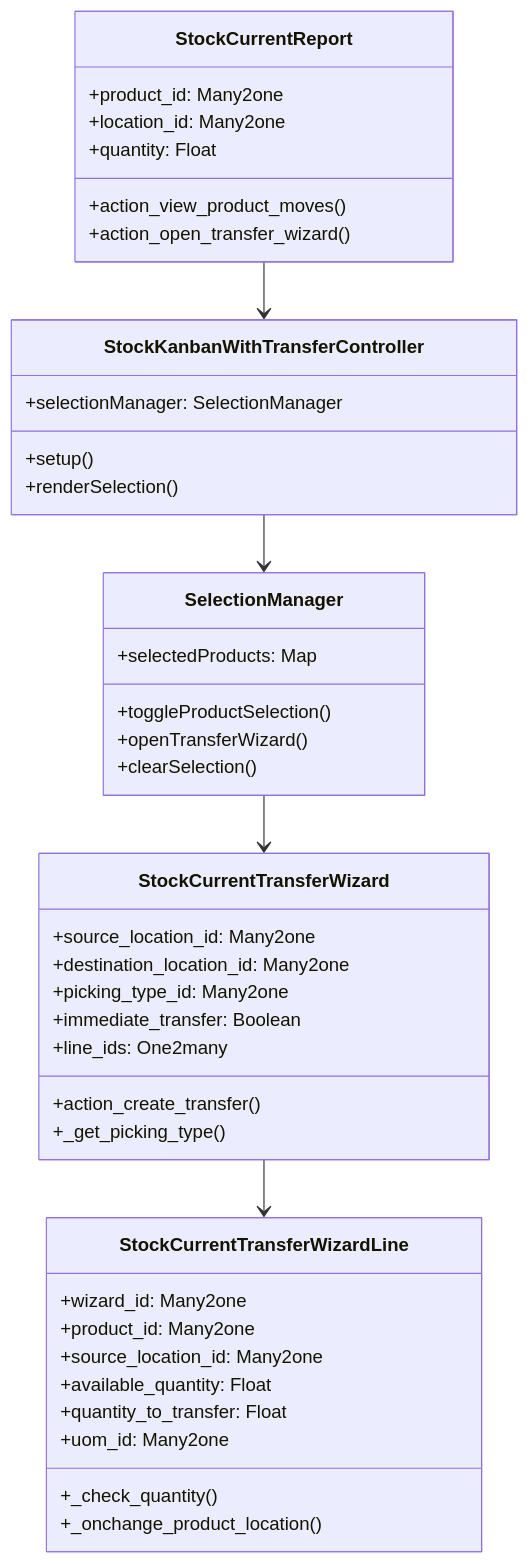
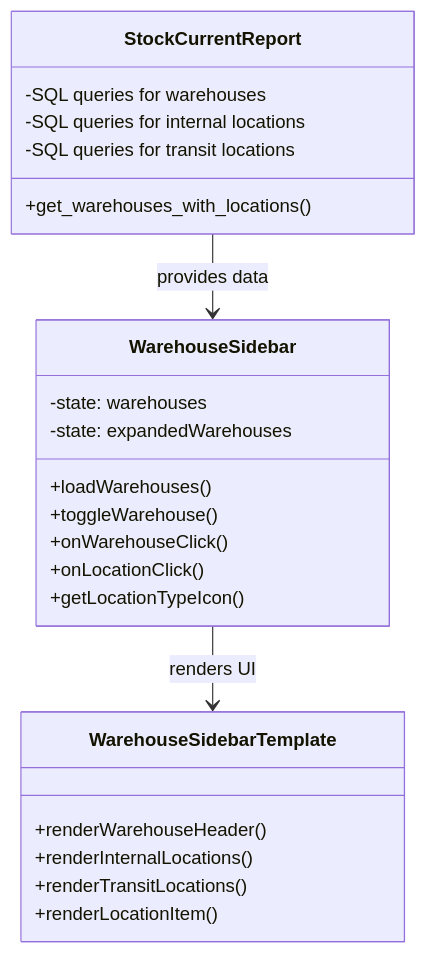
Before and after one commit to apcball/apcball: the second of 3 diagrams in buz_stock_current_report/ARCHITECTURE_DIAGRAM.md, drawn with Mermaid. The commit also changed other lines of this file and 39 other files, not shown here.

````diff
--- a/buz_stock_current_report/ARCHITECTURE_DIAGRAM.md
+++ b/buz_stock_current_report/ARCHITECTURE_DIAGRAM.md
@@ -116,49 +30,29 @@
 ```mermaid
 classDiagram
     class StockCurrentReport {
-        +product_id: Many2one
-        +location_id: Many2one
-        +quantity: Float
-        +action_view_product_moves()
-        +action_open_transfer_wizard()
+        +get_warehouses_with_locations()
+        -SQL queries for warehouses
+        -SQL queries for internal locations
+        -SQL queries for transit locations
     }
     
-    class StockCurrentTransferWizard {
-        +source_location_id: Many2one
-        +destination_location_id: Many2one
-        +picking_type_id: Many2one
-        +immediate_transfer: Boolean
-        +line_ids: One2many
-        +action_create_transfer()
-        +_get_picking_type()
+    class WarehouseSidebar {
+        -state: warehouses
+        -state: expandedWarehouses
+        +loadWarehouses()
+        +toggleWarehouse()
+        +onWarehouseClick()
+        +onLocationClick()
+        +getLocationTypeIcon()
     }
     
-    class StockCurrentTransferWizardLine {
-        +wizard_id: Many2one
-        +product_id: Many2one
-        +source_location_id: Many2one
-        +available_quantity: Float
-        +quantity_to_transfer: Float
-        +uom_id: Many2one
-        +_check_quantity()
-        +_onchange_product_location()
+    class WarehouseSidebarTemplate {
+        +renderWarehouseHeader()
+        +renderInternalLocations()
+        +renderTransitLocations()
+        +renderLocationItem()
     }
     
-    class SelectionManager {
-        +selectedProducts: Map
-        +toggleProductSelection()
-        +openTransferWizard()
-        +clearSelection()
-    }
-    
-    class StockKanbanWithTransferController {
-        +selectionManager: SelectionManager
-        +setup()
-        +renderSelection()
-    }
-    
-    StockCurrentReport --> StockKanbanWithTransferController
-    StockKanbanWithTransferController --> SelectionManager
-    SelectionManager --> StockCurrentTransferWizard
-    StockCurrentTransferWizard --> StockCurrentTransferWizardLine
+    StockCurrentReport --> WarehouseSidebar : provides data
+    WarehouseSidebar --> WarehouseSidebarTemplate : renders UI
 ```
````
